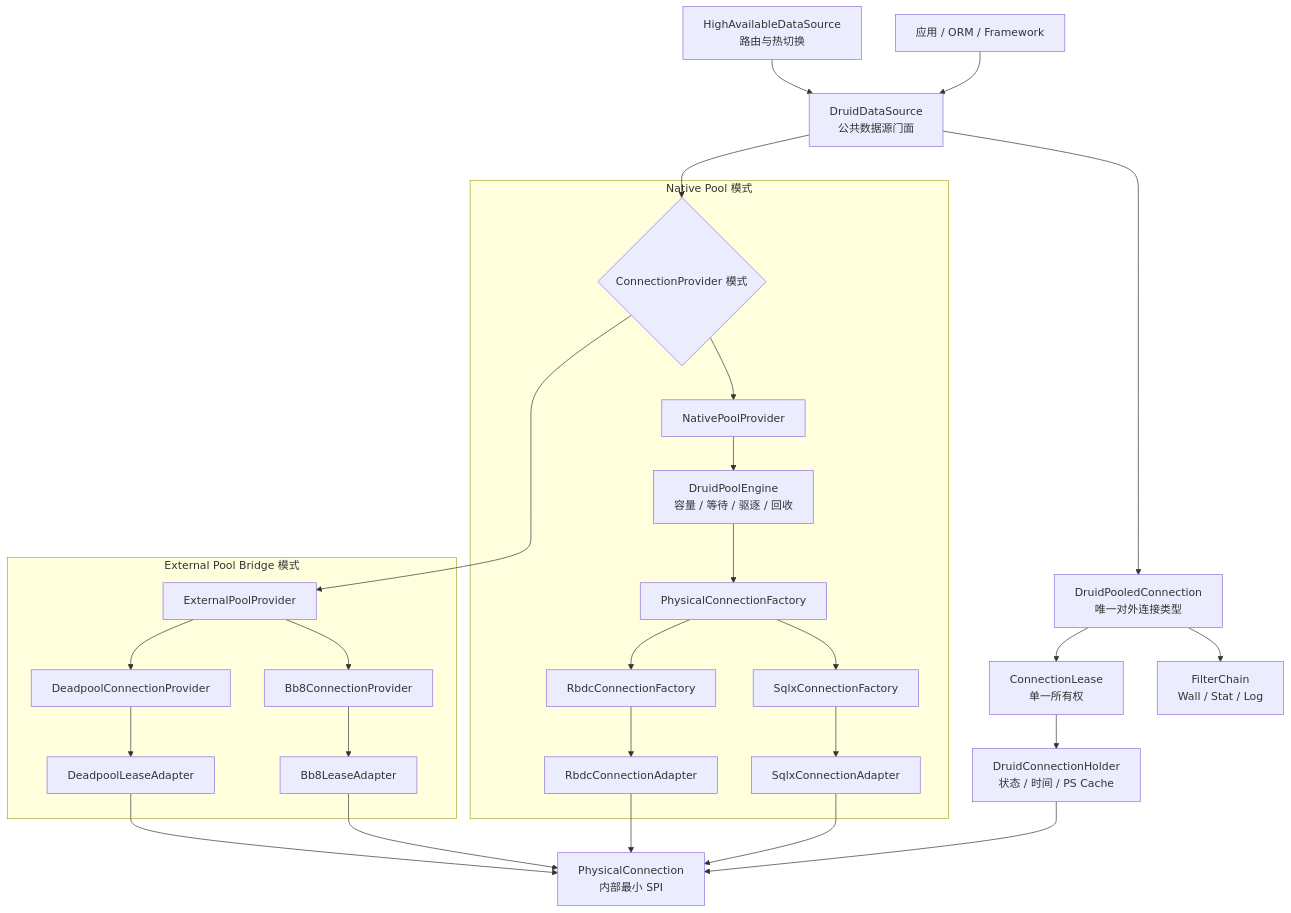
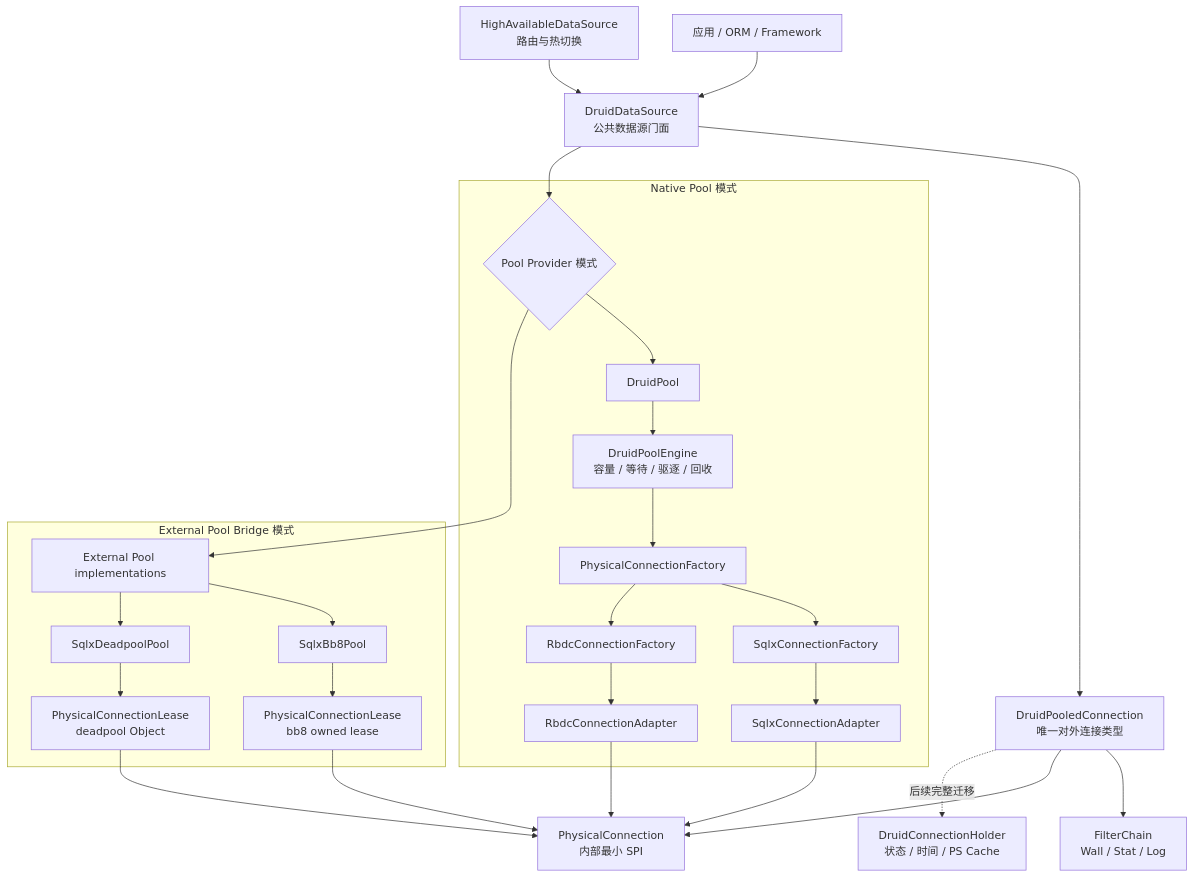
The first of 7 diagrams in doc/migration/5、连接抽象与驱动适配架构.md (easy-4-rust/druid-rust), drawn with Mermaid before and after one commit. The commit also changed other lines of this file and 45 other files, not shown here.

````diff
--- a/doc/migration/5、连接抽象与驱动适配架构.md
+++ b/doc/migration/5、连接抽象与驱动适配架构.md
@@ -49,36 +82,35 @@
 ```mermaid
 flowchart TB
     App["应用 / ORM / Framework"] --> DataSource["DruidDataSource<br/>公共数据源门面"]
     Dynamic["HighAvailableDataSource<br/>路由与热切换"] --> DataSource
     DataSource --> Pooled["DruidPooledConnection<br/>唯一对外连接类型"]
 
     Pooled --> Filter["FilterChain<br/>Wall / Stat / Log"]
-    Pooled --> Lease["ConnectionLease<br/>单一所有权"]
-    Lease --> Holder["DruidConnectionHolder<br/>状态 / 时间 / PS Cache"]
-    Holder --> Physical["PhysicalConnection<br/>内部最小 SPI"]
+    Pooled --> Physical["PhysicalConnection<br/>内部最小 SPI"]
+    Pooled -.后续完整迁移.-> Holder["DruidConnectionHolder<br/>状态 / 时间 / PS Cache"]
 
-    DataSource --> Provider{"ConnectionProvider 模式"}
+    DataSource --> Provider{"Pool Provider 模式"}
 
     subgraph native ["Native Pool 模式"]
-        Provider --> NativeProvider["NativePoolProvider"]
+        Provider --> NativeProvider["DruidPool"]
         NativeProvider --> PoolEngine["DruidPoolEngine<br/>容量 / 等待 / 驱逐 / 回收"]
         PoolEngine --> Factory["PhysicalConnectionFactory"]
         Factory --> SqlxDirect["SqlxConnectionFactory"]
         Factory --> RbdcDirect["RbdcConnectionFactory"]
         SqlxDirect --> SqlxAdapter["SqlxConnectionAdapter"]
         RbdcDirect --> RbdcAdapter["RbdcConnectionAdapter"]
     end
 
     subgraph bridge ["External Pool Bridge 模式"]
-        Provider --> ExternalProvider["ExternalPoolProvider"]
-        ExternalProvider --> Bb8["Bb8ConnectionProvider"]
-        ExternalProvider --> Deadpool["DeadpoolConnectionProvider"]
-        Bb8 --> Bb8Lease["Bb8LeaseAdapter"]
-        Deadpool --> DeadpoolLease["DeadpoolLeaseAdapter"]
+        Provider --> ExternalProvider["External Pool implementations"]
+        ExternalProvider --> Bb8["SqlxBb8Pool"]
+        ExternalProvider --> Deadpool["SqlxDeadpoolPool"]
+        Bb8 --> Bb8Lease["PhysicalConnectionLease<br/>bb8 owned lease"]
+        Deadpool --> DeadpoolLease["PhysicalConnectionLease<br/>deadpool Object"]
     end
 
     SqlxAdapter --> Physical
     RbdcAdapter --> Physical
     Bb8Lease --> Physical
     DeadpoolLease --> Physical
 ```
````
